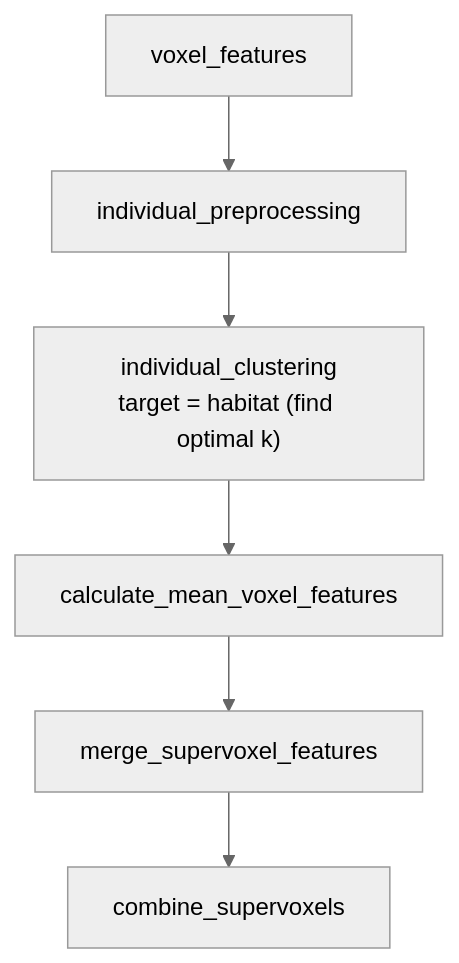
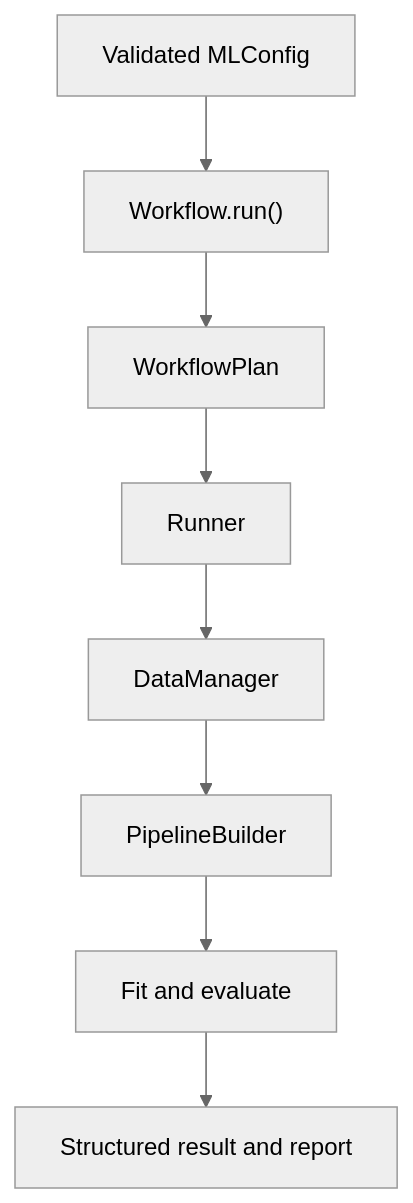
The diagram in docs/source/development/subsystems.rst (lichao312214129/HABIT), drawn with Mermaid (neutral theme) before and after one commit. The commit also changed other lines of this file and 12 other files, not shown here.

```diff
--- a/docs/source/development/subsystems.rst
+++ b/docs/source/development/subsystems.rst
@@ -65,8 +99,10 @@
 .. mermaid::
 
    flowchart TD
-     A["voxel_features"] --> B["individual_preprocessing"]
-     B --> C["individual_clustering<br/>target = habitat (find optimal k)"]
-     C --> D["calculate_mean_voxel_features"]
-     D --> E["merge_supervoxel_features"]
-     E --> F["combine_supervoxels"]
+     C["Validated MLConfig"] --> W["Workflow.run()"]
+     W --> P["WorkflowPlan"]
+     P --> R["Runner"]
+     R --> D["DataManager"]
+     D --> B["PipelineBuilder"]
+     B --> F["Fit and evaluate"]
+     F --> O["Structured result and report"]
```
